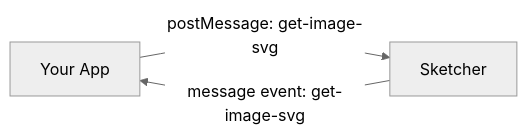
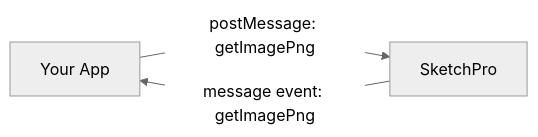
One commit to woolpert-digital-innovations/sketcher-sdk changed the fifth of 15 diagrams in docs/integration-guide.md. Above: the diagram before and after it, drawn with Mermaid (neutral theme). The commit also changed other lines of this file and 4 other files, not shown here.

````diff
--- a/docs/integration-guide.md
+++ b/docs/integration-guide.md
@@ -146,5 +144,5 @@
 ```mermaid
 graph LR;
-    app[Your App]-- postMessage: get-image-svg -->sa;
-    sa[Sketcher]-- message event: get-image-svg -->app;
+    app[Your App]-- postMessage: getImagePng -->sa;
+    sa[SketchPro]-- message event: getImagePng -->app;
 ```
````
